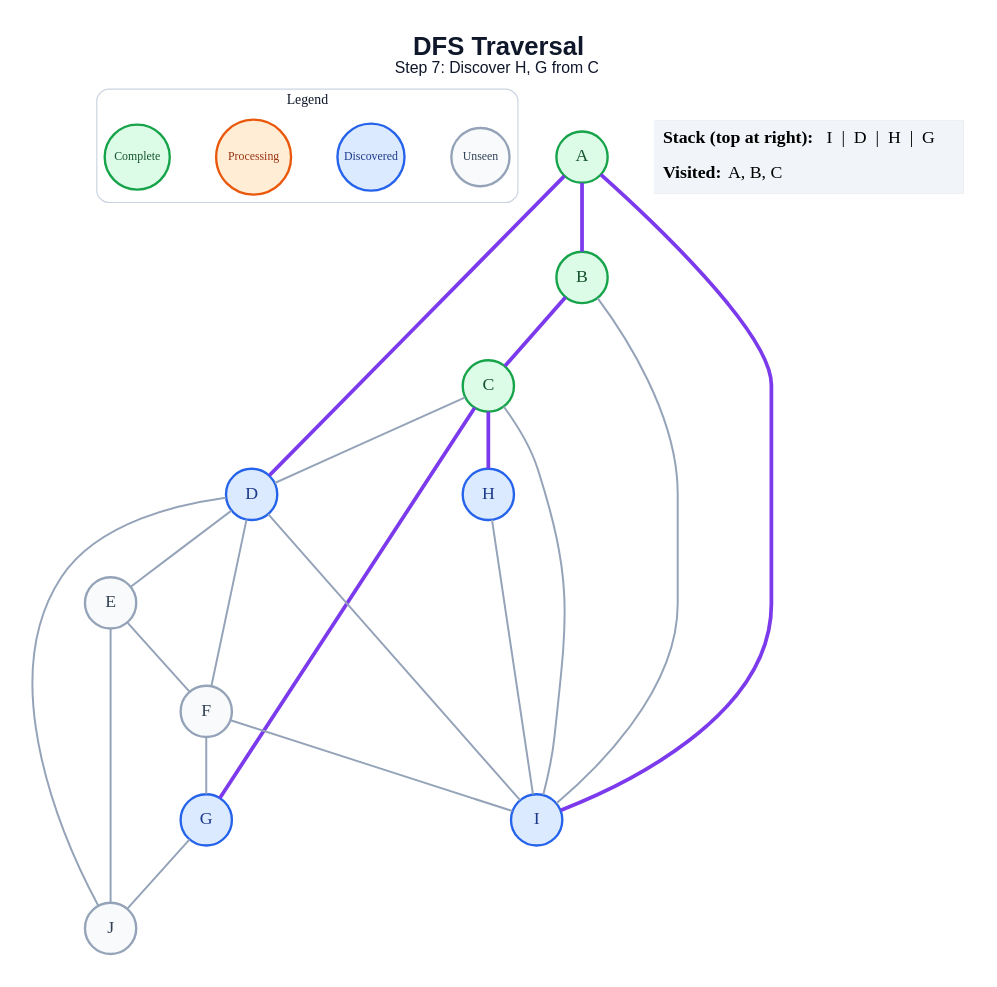
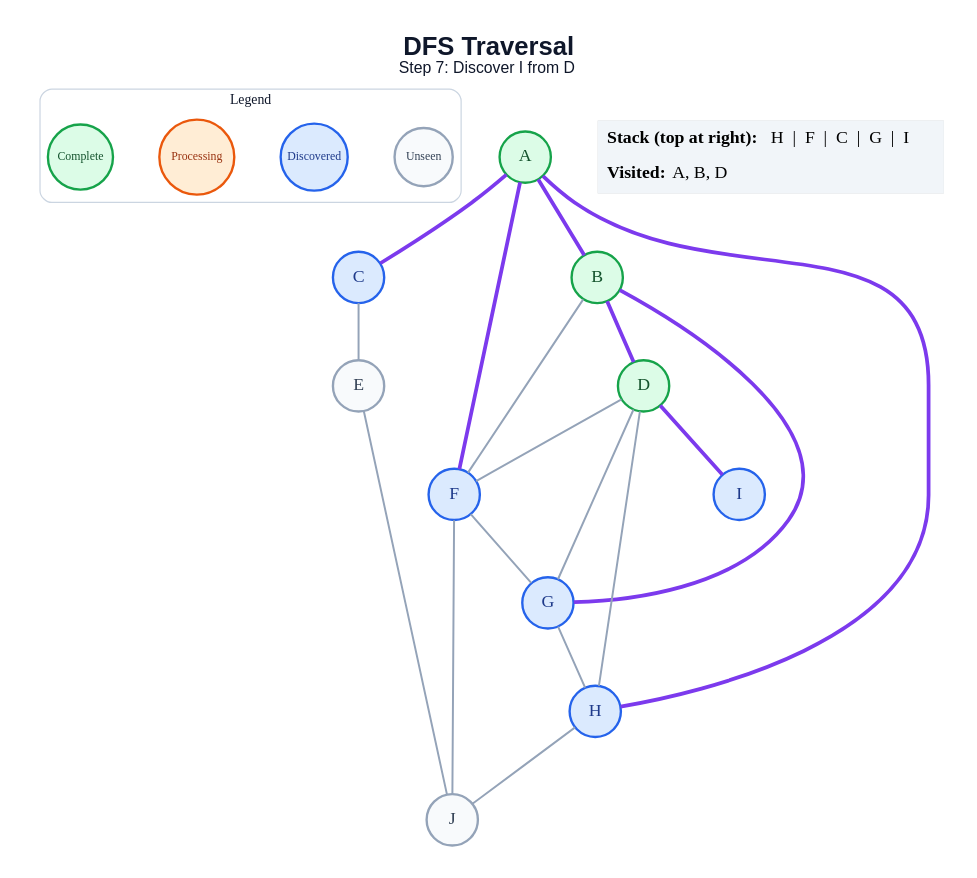
The diagram in generated/dfs/step_07.dot (anon7238593-create/ai-slop), drawn with Graphviz before and after one commit. The commit also changed 171 other files, not shown here.

```diff
--- a/generated/dfs/step_07.dot
+++ b/generated/dfs/step_07.dot
@@ -1,48 +1,46 @@
 graph traversal {
   graph [layout=dot, rankdir=TB, bgcolor="#FFFFFF", pad="0.35", nodesep="0.65", ranksep="0.8", fontname="Arial"];
   node [shape=circle, style="filled", fontname="Arial Bold", fontsize=18, width=0.72, fixedsize=true, penwidth=2.4];
   edge [color="#94A3B8", penwidth=2.0];
-  label=<<B>DFS Traversal</B><BR/><FONT POINT-SIZE="16">Step 7: Discover H, G from C</FONT>>; labelloc="t"; fontsize=26; fontname="Arial"; fontcolor="#0F172A";
+  label=<<B>DFS Traversal</B><BR/><FONT POINT-SIZE="16">Step 7: Discover I from D</FONT>>; labelloc="t"; fontsize=26; fontname="Arial"; fontcolor="#0F172A";
   subgraph cluster_legend { label="Legend"; color="#CBD5E1"; penwidth=1.2; style="rounded"; fontsize=14; fontname="Arial Bold";
     key_unseen [label="Unseen", fillcolor="#F8FAFC", color="#94A3B8", fontcolor="#334155", fontsize=12, width=0.82];
     key_frontier [label="Discovered", fillcolor="#DBEAFE", color="#2563EB", fontcolor="#1E3A8A", fontsize=12, width=0.95];
     key_current [label="Processing", fillcolor="#FFEDD5", color="#EA580C", fontcolor="#9A3412", fontsize=12, width=1.05];
     key_done [label="Complete", fillcolor="#DCFCE7", color="#16A34A", fontcolor="#14532D", fontsize=12, width=0.92];
     { rank=same; key_unseen; key_frontier; key_current; key_done; }
   }
   A [fillcolor="#DCFCE7", color="#16A34A", fontcolor="#14532D"];
   B [fillcolor="#DCFCE7", color="#16A34A", fontcolor="#14532D"];
-  C [fillcolor="#DCFCE7", color="#16A34A", fontcolor="#14532D"];
-  D [fillcolor="#DBEAFE", color="#2563EB", fontcolor="#1E3A8A"];
+  C [fillcolor="#DBEAFE", color="#2563EB", fontcolor="#1E3A8A"];
+  D [fillcolor="#DCFCE7", color="#16A34A", fontcolor="#14532D"];
   E [fillcolor="#F8FAFC", color="#94A3B8", fontcolor="#334155"];
-  F [fillcolor="#F8FAFC", color="#94A3B8", fontcolor="#334155"];
+  F [fillcolor="#DBEAFE", color="#2563EB", fontcolor="#1E3A8A"];
   G [fillcolor="#DBEAFE", color="#2563EB", fontcolor="#1E3A8A"];
   H [fillcolor="#DBEAFE", color="#2563EB", fontcolor="#1E3A8A"];
   I [fillcolor="#DBEAFE", color="#2563EB", fontcolor="#1E3A8A"];
   J [fillcolor="#F8FAFC", color="#94A3B8", fontcolor="#334155"];
   A -- B [color="#7C3AED", penwidth=3.8];
-  A -- D [color="#7C3AED", penwidth=3.8];
-  A -- I [color="#7C3AED", penwidth=3.8];
-  B -- C [color="#7C3AED", penwidth=3.8];
-  B -- I;
-  C -- D;
-  C -- G [color="#7C3AED", penwidth=3.8];
-  C -- H [color="#7C3AED", penwidth=3.8];
-  C -- I;
-  D -- E;
+  A -- C [color="#7C3AED", penwidth=3.8];
+  A -- F [color="#7C3AED", penwidth=3.8];
+  A -- H [color="#7C3AED", penwidth=3.8];
+  B -- D [color="#7C3AED", penwidth=3.8];
+  B -- F;
+  B -- G [color="#7C3AED", penwidth=3.8];
+  C -- E;
   D -- F;
-  D -- I;
-  D -- J;
-  E -- F;
+  D -- G;
+  D -- H;
+  D -- I [color="#7C3AED", penwidth=3.8];
   E -- J;
   F -- G;
-  F -- I;
-  G -- J;
-  H -- I;
+  F -- J;
+  G -- H;
+  H -- J;
   status [shape=plain, fixedsize=false, width=0, height=0, margin=0, label=<
     <TABLE BORDER="0" CELLBORDER="0" CELLPADDING="7" BGCOLOR="#F1F5F9">
-      <TR><TD ALIGN="LEFT"><B>Stack (top at right):</B> I  |  D  |  H  |  G</TD></TR>
-      <TR><TD ALIGN="LEFT"><B>Visited:</B> A, B, C</TD></TR>
+      <TR><TD ALIGN="LEFT"><B>Stack (top at right):</B> H  |  F  |  C  |  G  |  I</TD></TR>
+      <TR><TD ALIGN="LEFT"><B>Visited:</B> A, B, D</TD></TR>
     </TABLE>
   >];
 }
```
